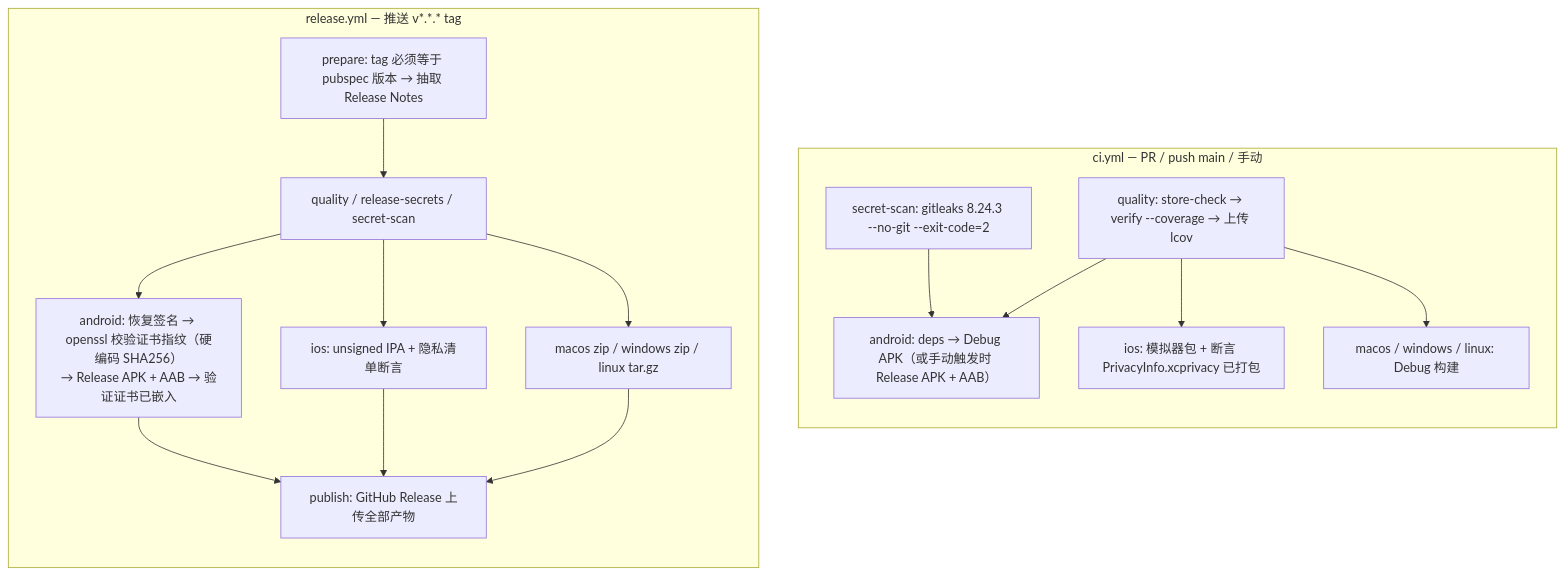
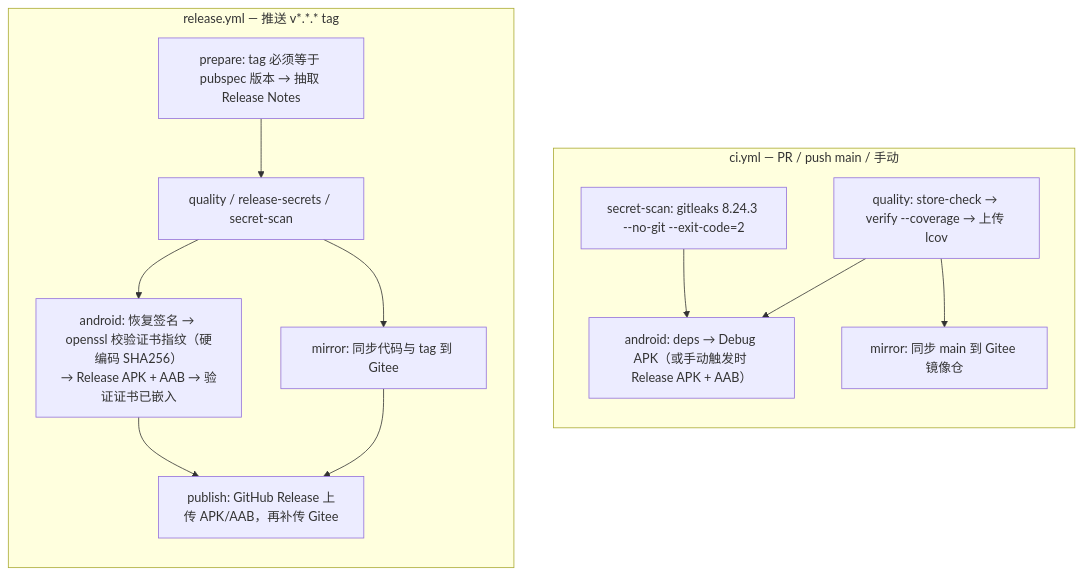
Before and after one commit to liudengxing/InkPaper: the tenth of 10 diagrams in docs/architecture/ARCHITECTURE_OVERVIEW.md, drawn with Mermaid. The commit also changed other lines of this file and 269 other files, not shown here.

````diff
--- a/docs/architecture/ARCHITECTURE_OVERVIEW.md
+++ b/docs/architecture/ARCHITECTURE_OVERVIEW.md
@@ -642,31 +639,26 @@
 ```mermaid
 flowchart TB
     subgraph CI["ci.yml — PR / push main / 手动"]
         direction TB
         C1["quality: store-check → verify --coverage → 上传 lcov"]
         C2["secret-scan: gitleaks 8.24.3 --no-git --exit-code=2"]
         C3["android: deps → Debug APK（或手动触发时 Release APK + AAB）"]
-        C4["ios: 模拟器包 + 断言 PrivacyInfo.xcprivacy 已打包"]
-        C5["macos / windows / linux: Debug 构建"]
+        C4["mirror: 同步 main 到 Gitee 镜像仓"]
         C1 --> C3
         C2 --> C3
         C1 --> C4
-        C1 --> C5
     end
 
     subgraph REL["release.yml — 推送 v*.*.* tag"]
         direction TB
         R1["prepare: tag 必须等于 pubspec 版本 → 抽取 Release Notes"]
         R2["quality / release-secrets / secret-scan"]
         R3["android: 恢复签名 → openssl 校验证书指纹（硬编码 SHA256）<br/>→ Release APK + AAB → 验证证书已嵌入"]
-        R4["ios: unsigned IPA + 隐私清单断言"]
-        R5["macos zip / windows zip / linux tar.gz"]
-        R6["publish: GitHub Release 上传全部产物"]
+        R4["mirror: 同步代码与 tag 到 Gitee"]
+        R5["publish: GitHub Release 上传 APK/AAB，再补传 Gitee"]
         R1 --> R2 --> R3
         R2 --> R4
-        R2 --> R5
-        R3 --> R6
-        R4 --> R6
-        R5 --> R6
+        R3 --> R5
+        R4 --> R5
     end
 ```
````
